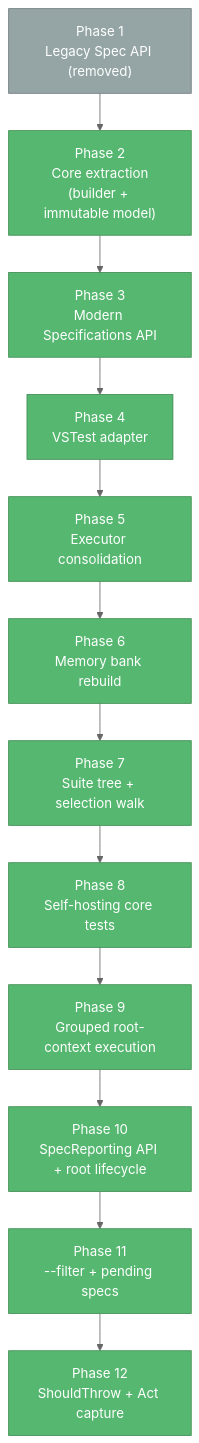
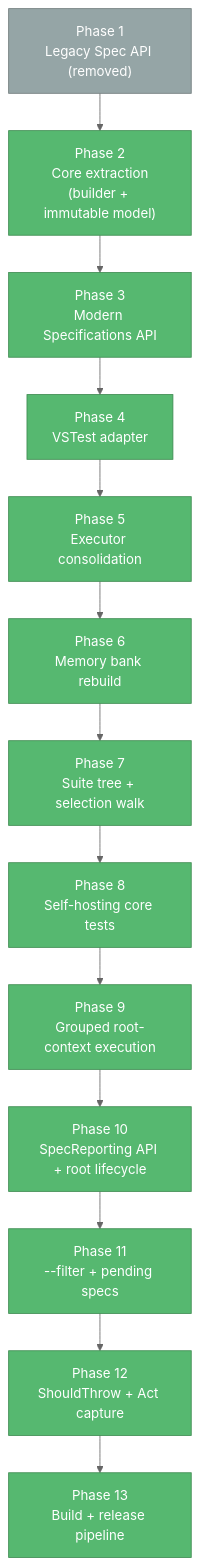
The diagram in memory-bank/progress.md (yozepi/Specs), drawn with Mermaid before and after one commit. The commit also changed other lines of this file and 22 other files, not shown here.

First line of the commit message:
Add NuGet packaging and release pipeline

````diff
--- a/memory-bank/progress.md
+++ b/memory-bank/progress.md
@@ -83,22 +95,23 @@
 ```mermaid
 %%{init: {'theme': 'neutral', 'flowchart': {'nodeSpacing': 30, 'rankSpacing': 45, 'wrappingWidth': 160}}}%%
 flowchart TD
     P1["Phase 1<br/>Legacy Spec API (removed)"]:::deprecated
     P2["Phase 2<br/>Core extraction<br/>(builder + immutable model)"]:::app
     P3["Phase 3<br/>Modern Specifications API"]:::app
     P4["Phase 4<br/>VSTest adapter"]:::app
     P5["Phase 5<br/>Executor consolidation"]:::app
     P6["Phase 6<br/>Memory bank rebuild"]:::app
     P7["Phase 7<br/>Suite tree + selection walk"]:::app
     P8["Phase 8<br/>Self-hosting core tests"]:::app
     P9["Phase 9<br/>Grouped root-context execution"]:::app
     P10["Phase 10<br/>SpecReporting API + root lifecycle"]:::app
     P11["Phase 11<br/>--filter + pending specs"]:::app
     P12["Phase 12<br/>ShouldThrow + Act capture"]:::app
+    P13["Phase 13<br/>Build + release pipeline"]:::app
 
     P1 --> P2 --> P3 --> P4
-    P4 --> P5 --> P6 --> P7 --> P8 --> P9 --> P10 --> P11 --> P12
+    P4 --> P5 --> P6 --> P7 --> P8 --> P9 --> P10 --> P11 --> P12 --> P13
 
     classDef app fill:#56B870,stroke:#3D8B50,color:#fff
     classDef deprecated fill:#95A5A6,stroke:#707B7C,color:#fff
 ```
````
